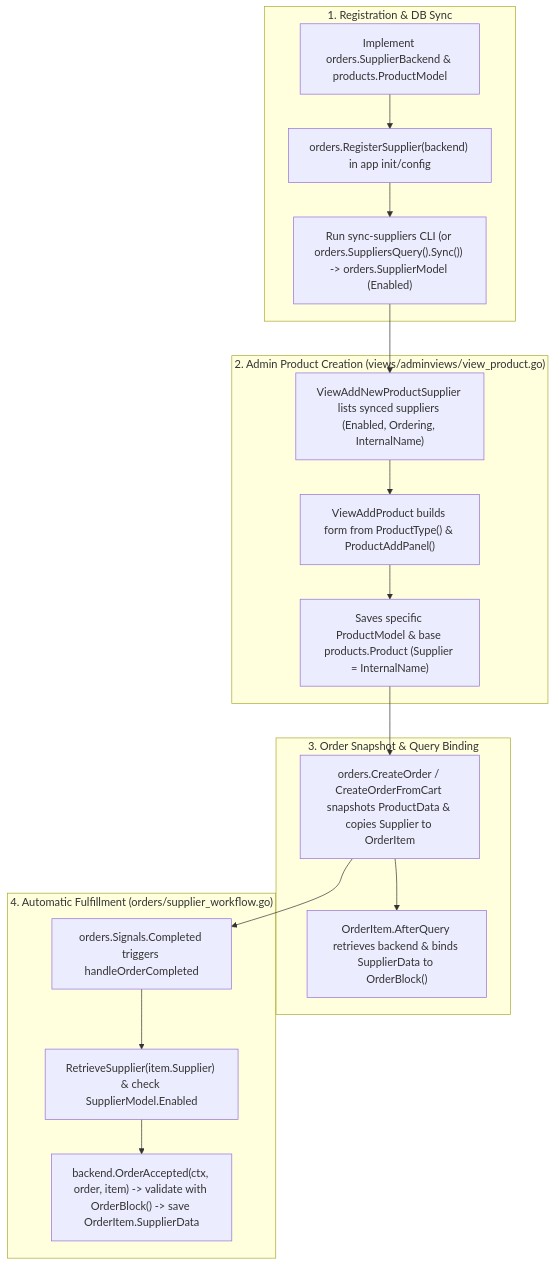
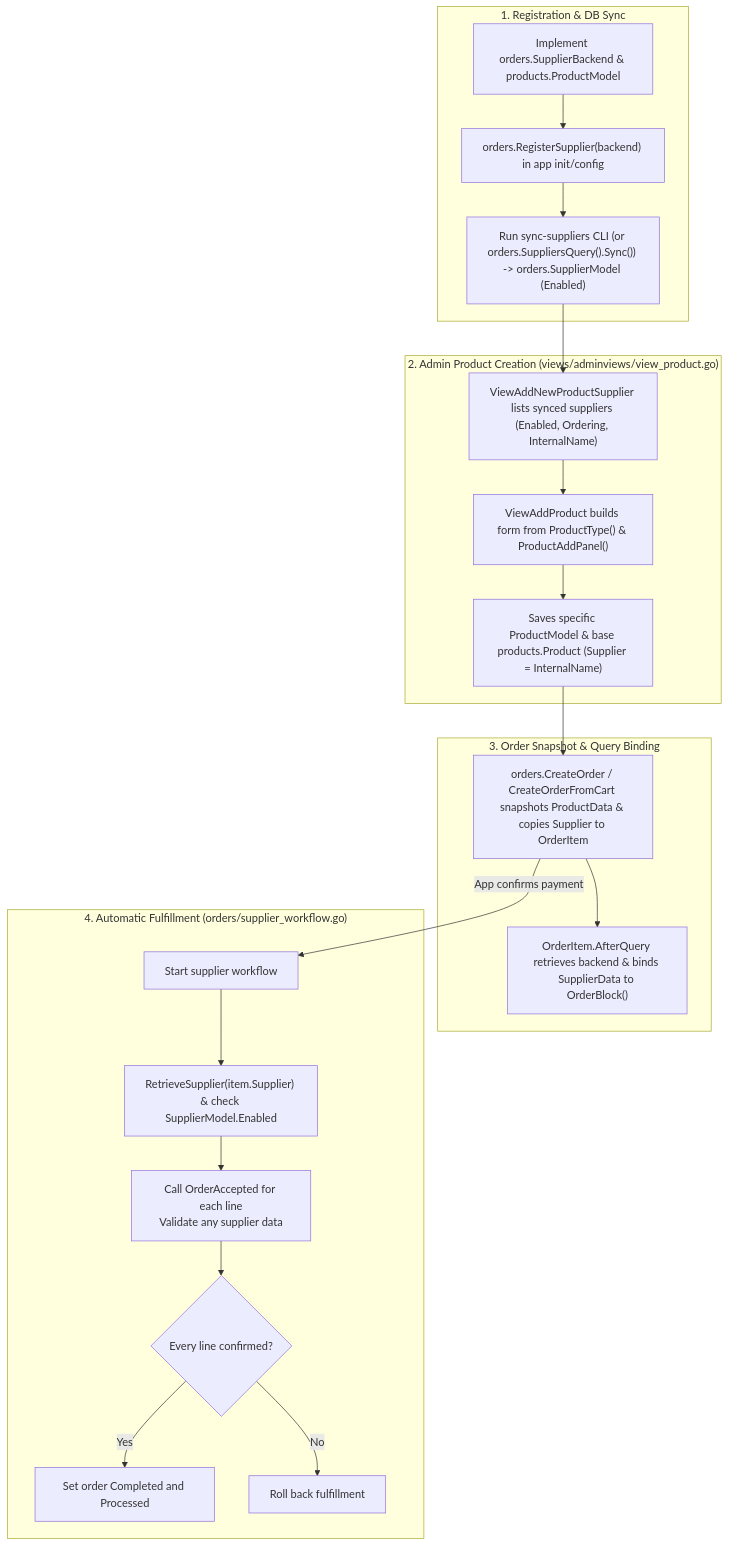
One commit to Nigel2392/go-django changed the diagram in contrib/shop/docs/suppliers.md. Above: the diagram before and after it, drawn with Mermaid. The commit also changed other lines of this file and 182 other files, not shown here.

````diff
--- a/contrib/shop/docs/suppliers.md
+++ b/contrib/shop/docs/suppliers.md
@@ -9,33 +11,38 @@
 ```mermaid
 flowchart TD
     subgraph Setup["1. Registration & DB Sync"]
         impl["Implement orders.SupplierBackend & products.ProductModel"]
         reg["orders.RegisterSupplier(backend) in app init/config"]
         sync["Run sync-suppliers CLI (or orders.SuppliersQuery().Sync()) -> orders.SupplierModel (Enabled)"]
         impl --> reg --> sync
     end
 
     subgraph AdminProduct["2. Admin Product Creation (views/adminviews/view_product.go)"]
         choose["ViewAddNewProductSupplier lists synced suppliers (Enabled, Ordering, InternalName)"]
         addProd["ViewAddProduct builds form from ProductType() & ProductAddPanel()"]
         saveProd["Saves specific ProductModel & base products.Product (Supplier = InternalName)"]
         choose --> addProd --> saveProd
     end
 
     subgraph OrderLifecycle["3. Order Snapshot & Query Binding"]
         orderCreate["orders.CreateOrder / CreateOrderFromCart snapshots ProductData & copies Supplier to OrderItem"]
         afterQuery["OrderItem.AfterQuery retrieves backend & binds SupplierData to OrderBlock()"]
         orderCreate --> afterQuery
     end
 
     subgraph Fulfillment["4. Automatic Fulfillment (orders/supplier_workflow.go)"]
-        completed["orders.Signals.Completed triggers handleOrderCompleted"]
+        startFulfillment["Start supplier workflow"]
         checkEnabled["RetrieveSupplier(item.Supplier) & check SupplierModel.Enabled"]
-        acceptCall["backend.OrderAccepted(ctx, order, item) -> validate with OrderBlock() -> save OrderItem.SupplierData"]
-        completed --> checkEnabled --> acceptCall
+        acceptCall["Call OrderAccepted for each line<br/>Validate any supplier data"]
+        allConfirmed{"Every line confirmed?"}
+        markComplete["Set order Completed and Processed"]
+        rollback["Roll back fulfillment"]
+        startFulfillment --> checkEnabled --> acceptCall --> allConfirmed
+        allConfirmed -->|"Yes"| markComplete
+        allConfirmed -->|"No"| rollback
     end
 
     sync --> choose
     saveProd --> orderCreate
-    orderCreate --> completed
+    orderCreate -->|"App confirms payment"| startFulfillment
 ```
````
